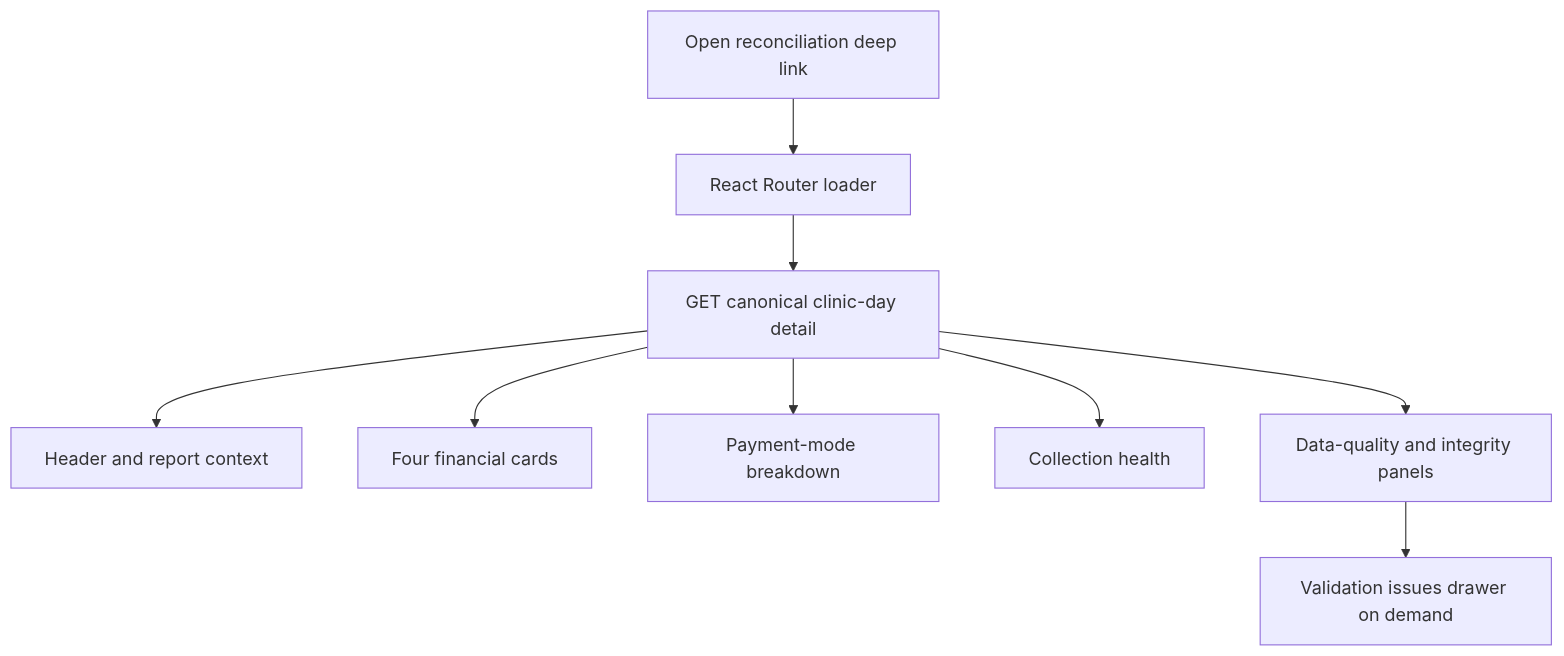
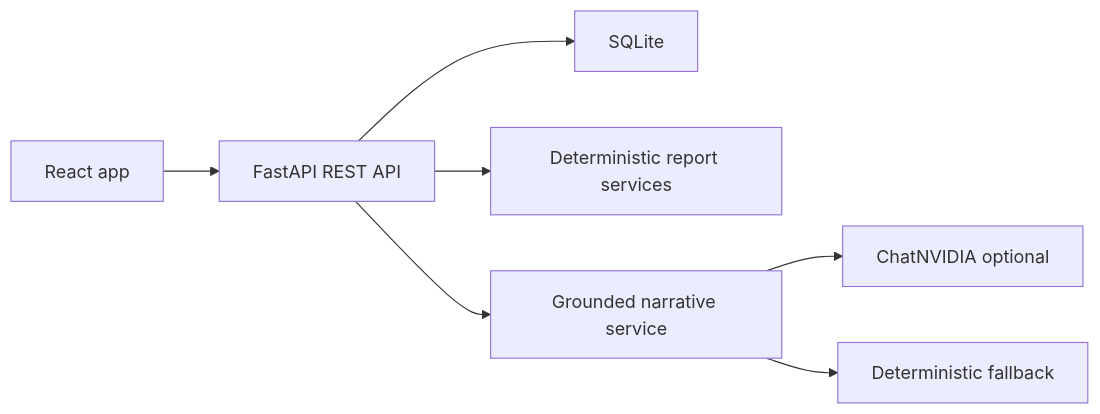
Before and after one commit to satvikkesarwani/swasthiq-eod-agent: the diagram in README.md, drawn with Mermaid. The commit also changed other lines of this file and 53 other files, not shown here.

````diff
--- a/README.md
+++ b/README.md
@@ -123,11 +38,9 @@
 ```mermaid
-flowchart TD
-    A["Open reconciliation deep link"] --> B["React Router loader"]
-    B --> C["GET canonical clinic-day detail"]
-    C --> D["Header and report context"]
-    C --> E["Four financial cards"]
-    C --> F["Payment-mode breakdown"]
-    C --> G["Collection health"]
-    C --> H["Data-quality and integrity panels"]
-    H --> I["Validation issues drawer on demand"]
+flowchart LR
+    Browser["React app"] --> API["FastAPI REST API"]
+    API --> DB["SQLite"]
+    API --> Report["Deterministic report services"]
+    API --> Narrative["Grounded narrative service"]
+    Narrative --> NVIDIA["ChatNVIDIA optional"]
+    Narrative --> Fallback["Deterministic fallback"]
 ```
````
